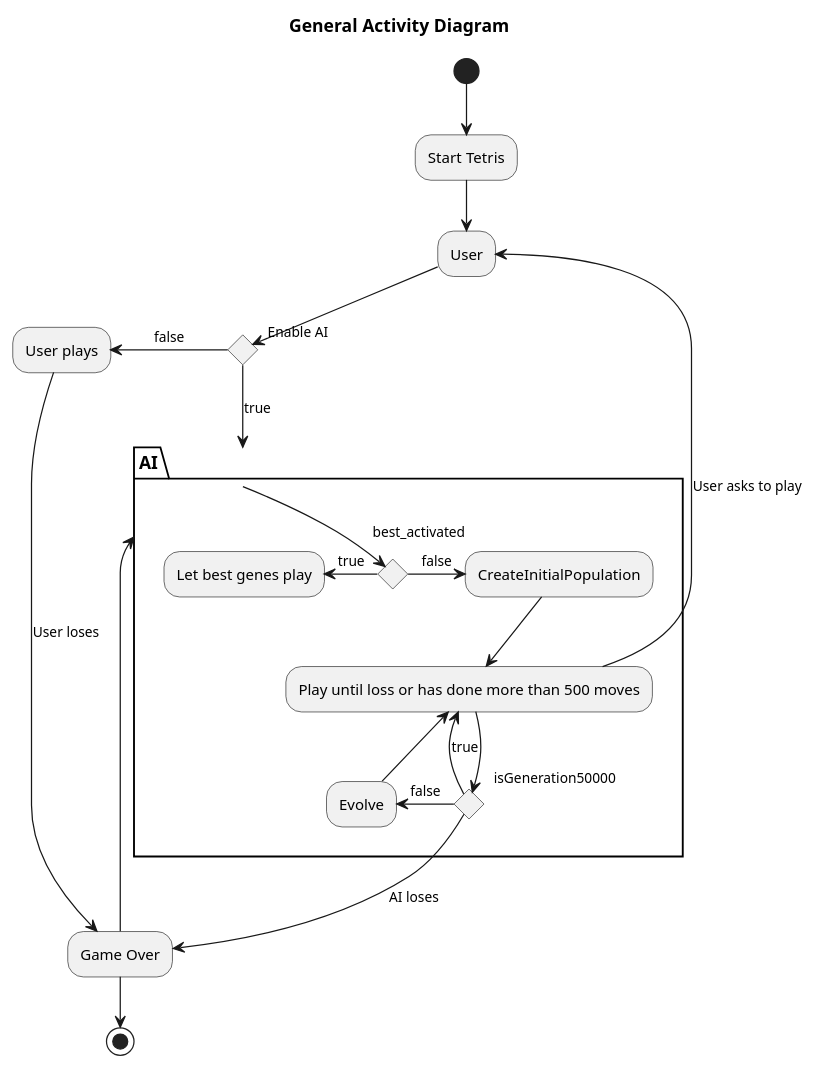
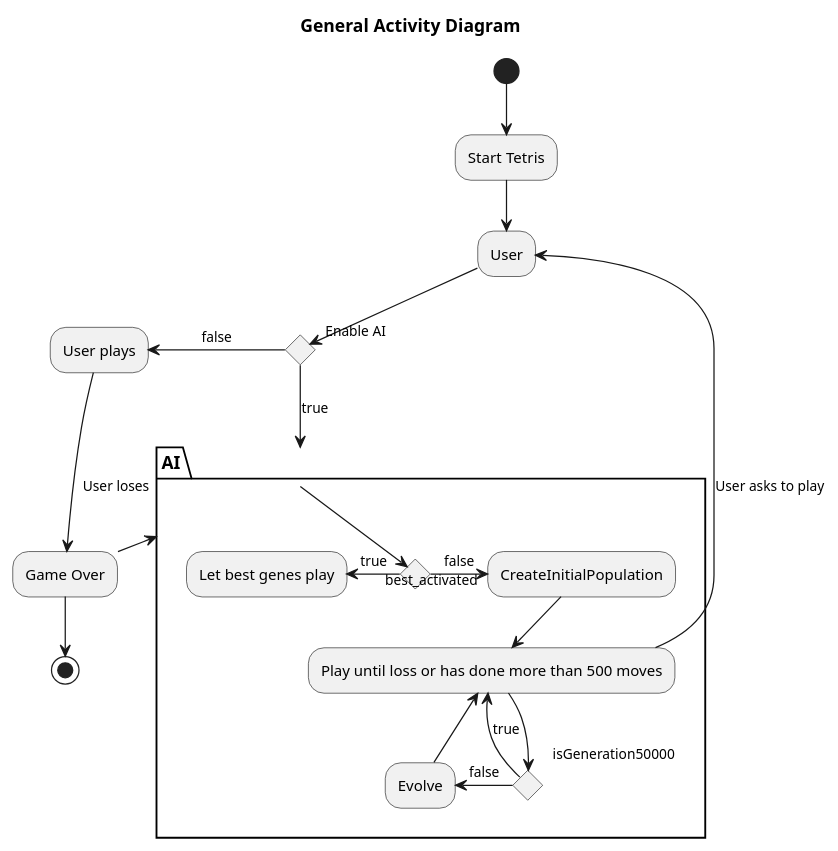
One commit to matissecallewaert/ai-tetris changed the diagram in Analyse/GeneralActivity.puml. Above: the diagram before and after it, drawn with PlantUML. The commit also changed 4 other files, not shown here.

```diff
--- a/Analyse/GeneralActivity.puml
+++ b/Analyse/GeneralActivity.puml
@@ -1,35 +1,34 @@
 @startuml generalActivity
 
 title ==General Activity Diagram==
 
 (*) --> "Start Tetris"
 -->"User"
 if "Enable AI" then
 -down->[true] "AI"
 else
 -left->[false] "User plays"
 -->[User loses] "Game Over"
+endif
+
 partition AI {
     -up->"AI"
     if "best_activated"
     -left->[true] Let best genes play
     else
     -right->[false] CreateInitialPopulation
     endif
     --> Play until loss or has done more than 500 moves
     if "isGeneration50000"
     -left->[true] "Play until loss or has done more than 500 moves"
     else
-    -down->[AI loses]"Game Over"
-    else
     -left->[false] Evolve
     -up-> Play until loss or has done more than 500 moves
     endif
 }
-endif
 -up->[User asks to play] User
 
 
 "Game Over" --> (*)
 
 @enduml 
```
